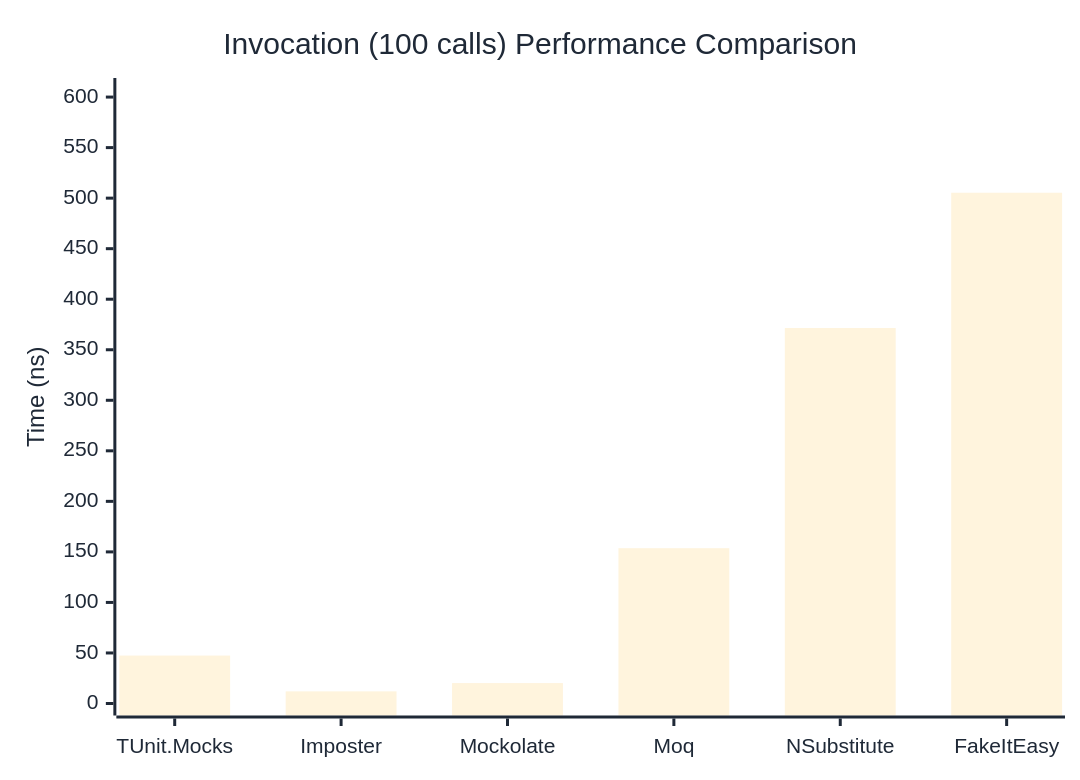
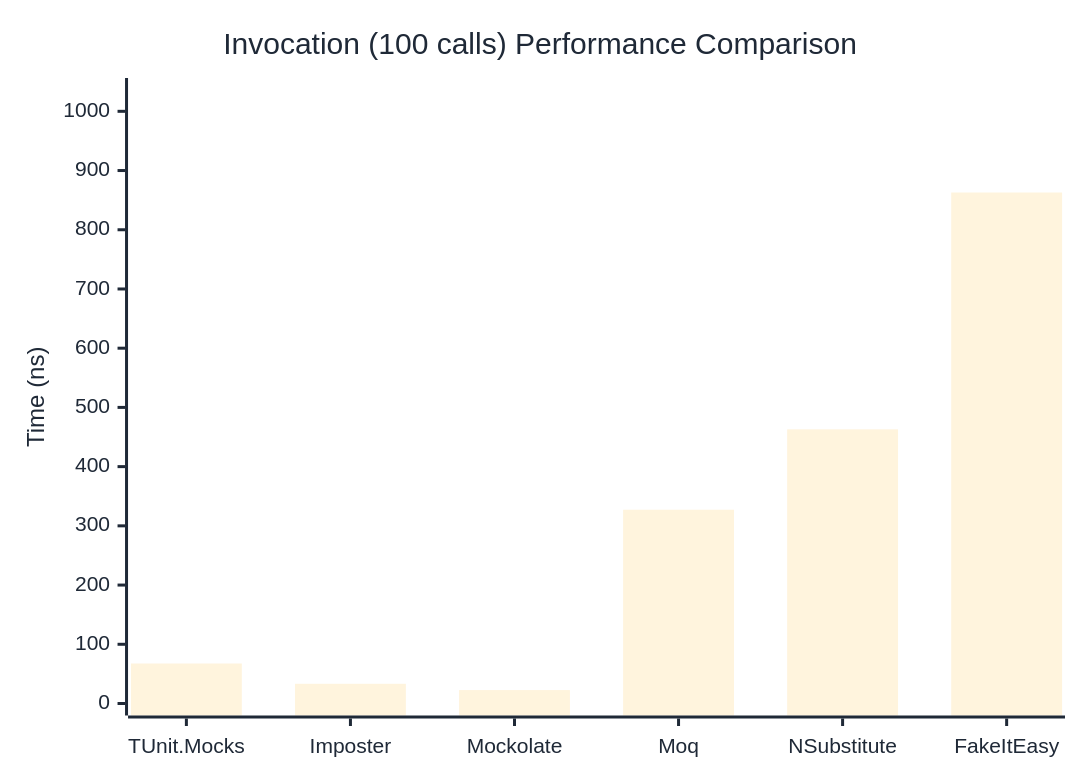
The first of 3 diagrams in docs/docs/benchmarks/mocks/Invocation.md (thomhurst/TUnit), drawn with Mermaid before and after one commit. The commit also changed other lines of this file and 14 other files, not shown here.

````diff
--- a/docs/docs/benchmarks/mocks/Invocation.md
+++ b/docs/docs/benchmarks/mocks/Invocation.md
@@ -32,27 +32,27 @@
 ```mermaid
 %%{init: {
   'theme':'base',
   'themeVariables': {
     'primaryColor': '#2563eb',
     'primaryTextColor': '#1f2937',
     'primaryBorderColor': '#1e40af',
     'lineColor': '#6b7280',
     'secondaryColor': '#7c3aed',
     'tertiaryColor': '#dc2626',
     'background': '#ffffff',
     'pie1': '#2563eb',
     'pie2': '#7c3aed',
     'pie3': '#dc2626',
     'pie4': '#f59e0b',
     'pie5': '#10b981',
     'pie6': '#06b6d4',
     'pie7': '#ec4899',
     'pie8': '#6366f1'
   }
 }}%%
 xychart-beta
   title "Invocation (100 calls) Performance Comparison"
   x-axis ["TUnit.Mocks", "Imposter", "Mockolate", "Moq", "NSubstitute", "FakeItEasy"]
-  y-axis "Time (ns)" 0 --> 607
-  bar [47.43, 12.02, 20.2, 153.68, 371.5, 505.36]
+  y-axis "Time (ns)" 0 --> 1036
+  bar [67.55, 33.27, 22.67, 327.22, 462.98, 862.89]
 ```
````
